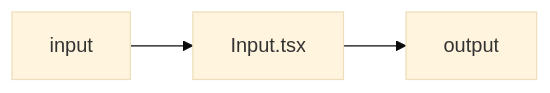
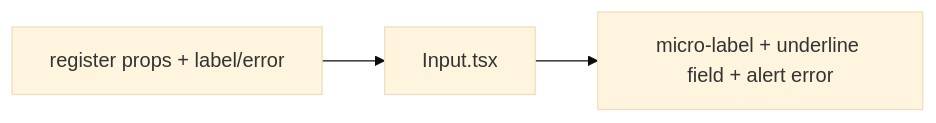
Before and after one commit to AzamatRaimbekov2/openCreate: the diagram in apps/web/src/shared/ui/Input.tsx.md, drawn with Mermaid (base theme). The commit also changed other lines of this file and 51 other files, not shown here.

````diff
--- a/apps/web/src/shared/ui/Input.tsx.md
+++ b/apps/web/src/shared/ui/Input.tsx.md
@@ -19,4 +19,4 @@
 ```mermaid
 flowchart LR
-  IN[input] --> Input[Input.tsx] --> OUT[output]
+  RHF[register props + label/error] --> I[Input.tsx] --> OUT[micro-label + underline field + alert error]
 ```
````
